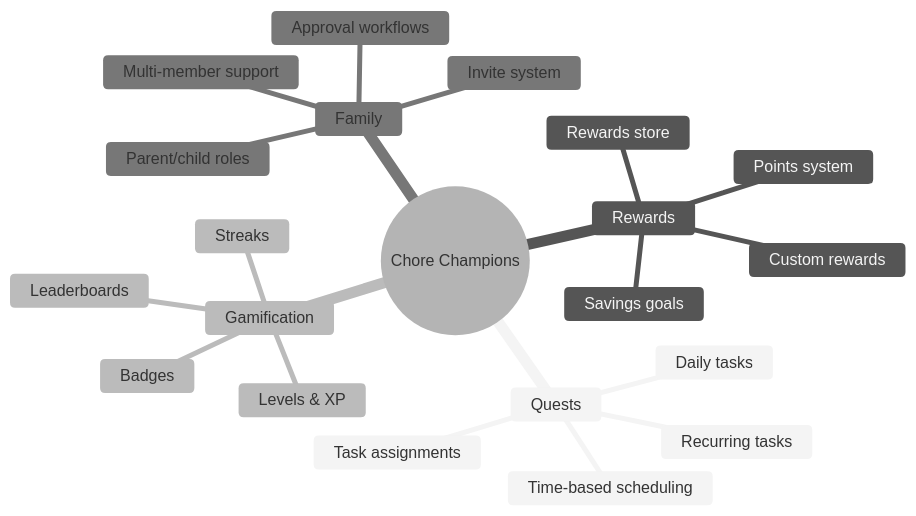
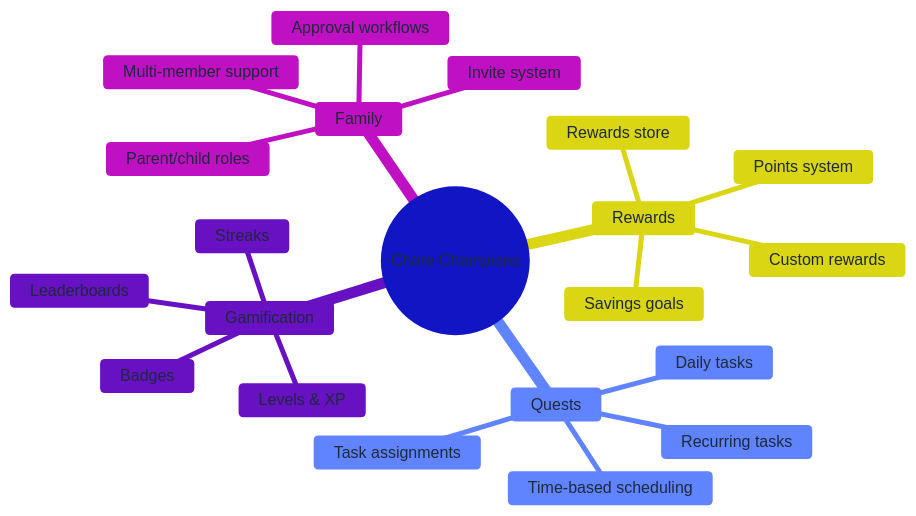
Before and after one commit to anisha-agarwal/chore-champions: the first of 6 diagrams in README.md, drawn with Mermaid. The commit also changed other lines of this file and 2 other files, not shown here.

First line of the commit message:
Improve Mermaid diagram contrast for dark mode

````diff
--- a/README.md
+++ b/README.md
@@ -43,25 +43,25 @@
 ```mermaid
-%%{init: {'theme': 'neutral'}}%%
+%%{init: {'theme': 'base', 'themeVariables': {'primaryColor': '#6366f1', 'primaryTextColor': '#1e293b', 'lineColor': '#64748b', 'secondaryColor': '#e0e7ff'}}}%%
 mindmap
   root((Chore Champions))
     Quests
       Daily tasks
       Recurring tasks
       Time-based scheduling
       Task assignments
     Rewards
       Points system
       Rewards store
       Custom rewards
       Savings goals
     Gamification
       Streaks
       Leaderboards
       Badges
       Levels & XP
     Family
       Multi-member support
       Parent/child roles
       Invite system
       Approval workflows
 ```
````
